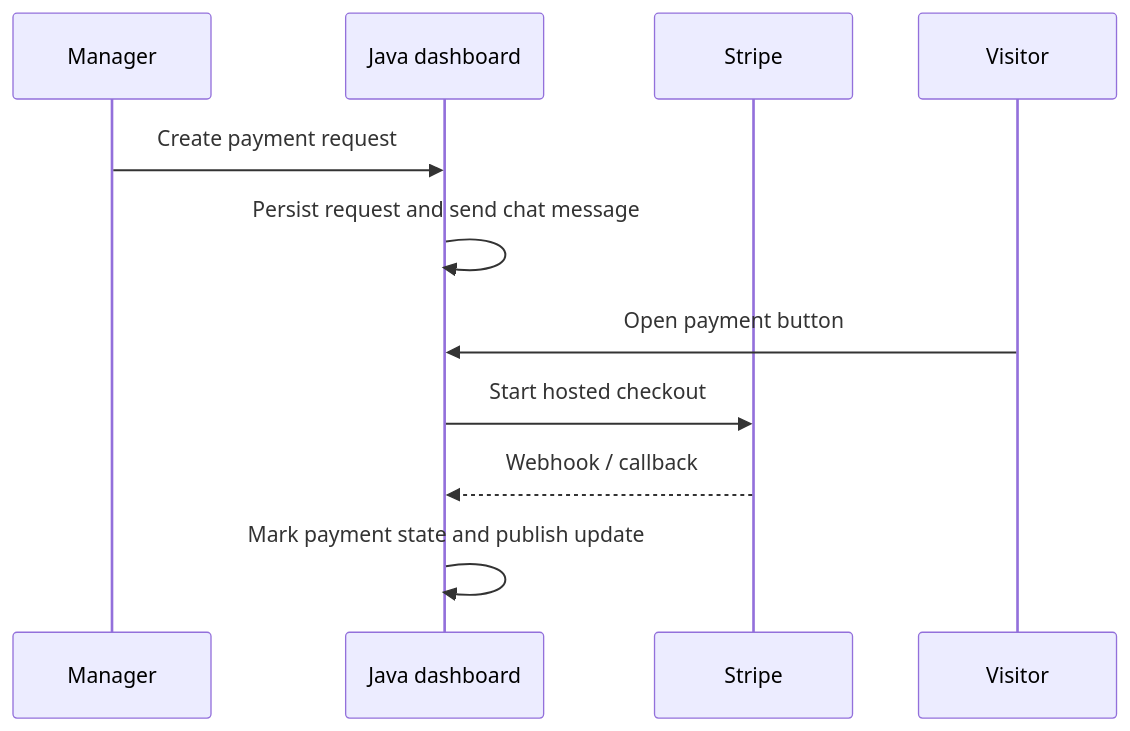
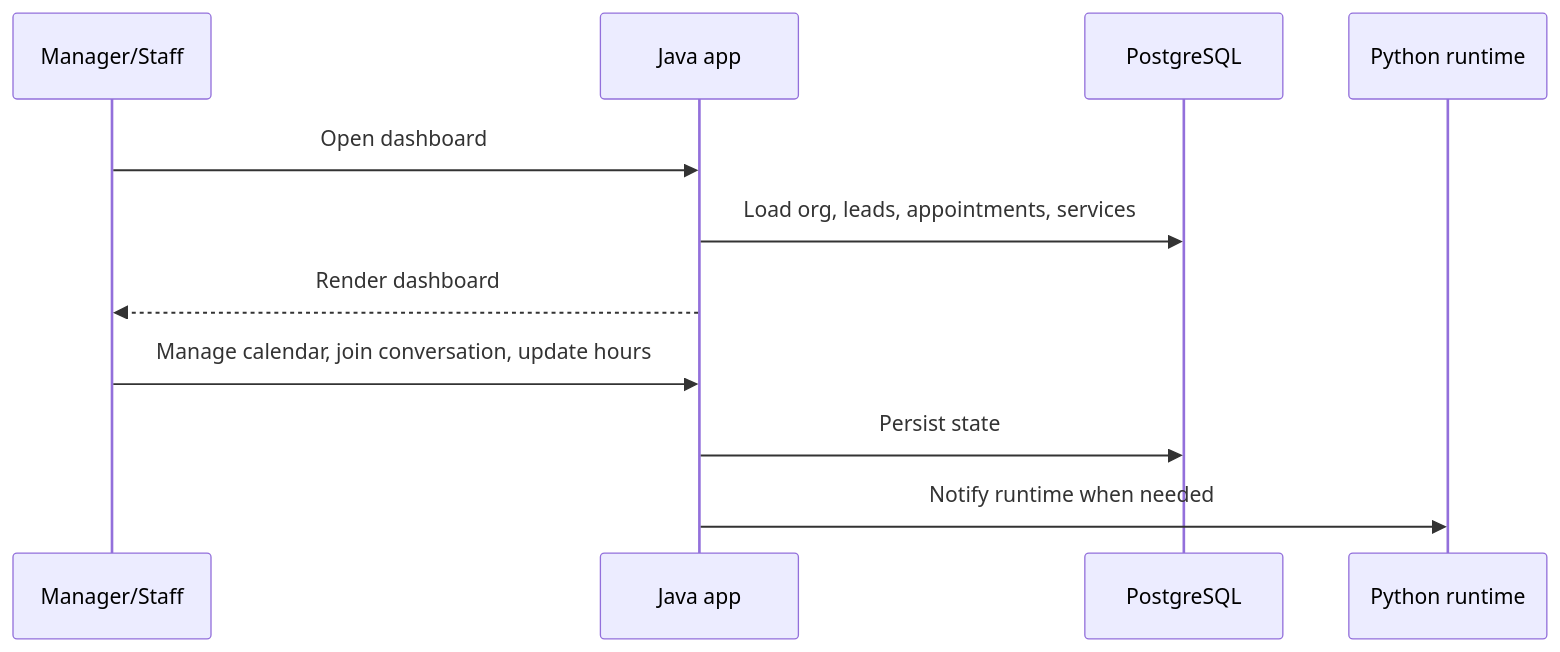
One commit to Codere11/ACE-RealEstate-Showcase changed the fourth of 4 diagrams in ARCHITECTURE.md. Above: the diagram before and after it, drawn with Mermaid. The commit also changed other lines of this file and 11 other files, not shown here.

````diff
--- a/ARCHITECTURE.md
+++ b/ARCHITECTURE.md
@@ -86,14 +107,14 @@
 ```mermaid
 sequenceDiagram
-    participant M as Manager
-    participant J as Java dashboard
-    participant S as Stripe
-    participant V as Visitor
+    participant M as Manager/Staff
+    participant J as Java app
+    participant DB as PostgreSQL
+    participant P as Python runtime
 
-    M->>J: Create payment request
-    J->>J: Persist request and send chat message
-    V->>J: Open payment button
-    J->>S: Start hosted checkout
-    S-->>J: Webhook / callback
-    J->>J: Mark payment state and publish update
+    M->>J: Open dashboard
+    J->>DB: Load org, leads, appointments, services
+    J-->>M: Render dashboard
+    M->>J: Manage calendar, join conversation, update hours
+    J->>DB: Persist state
+    J->>P: Notify runtime when needed
 ```
````
